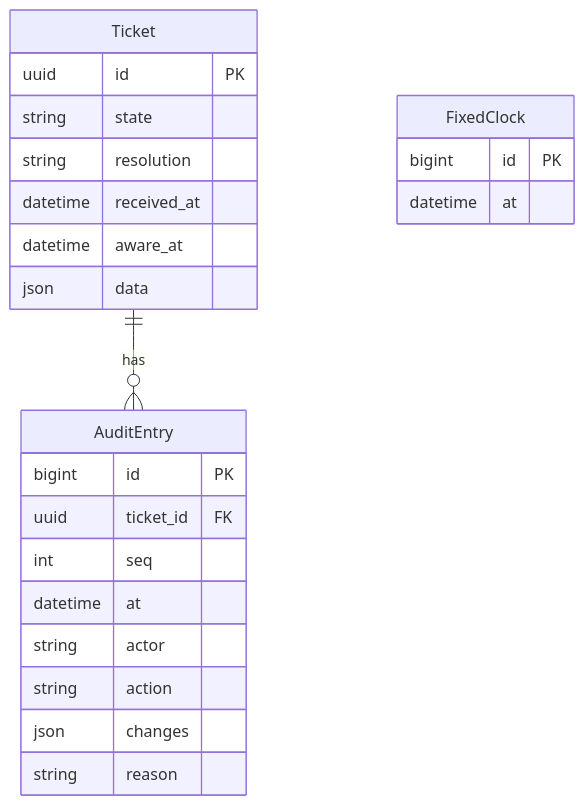
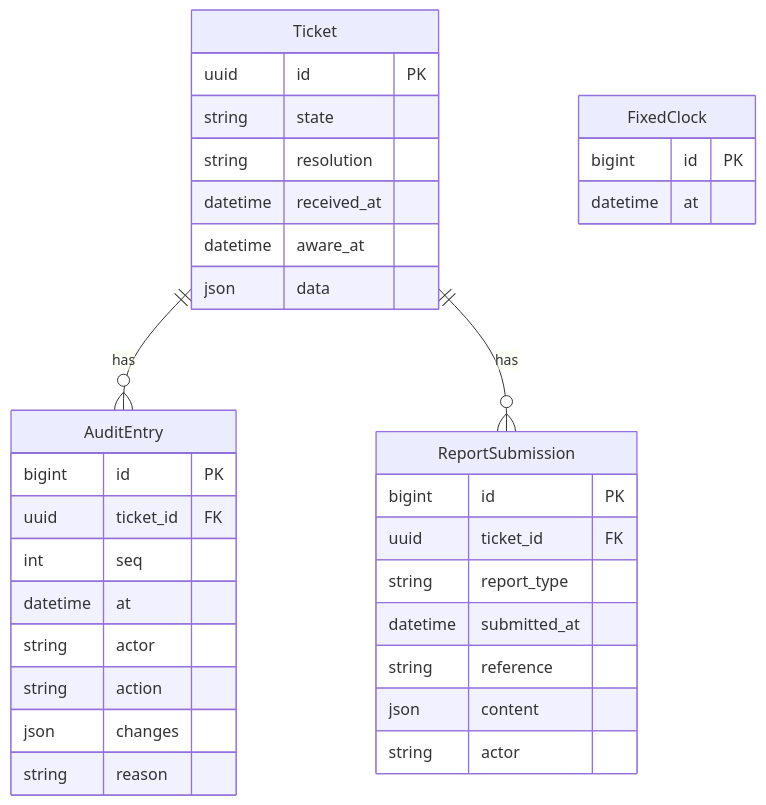
The diagram in team17/SYSTEM.md (team17-ece30861/pod-k-shared), drawn with Mermaid before and after one commit. The commit also changed other lines of this file, not shown here.

````diff
--- a/team17/SYSTEM.md
+++ b/team17/SYSTEM.md
@@ -72,26 +163,36 @@
 ```mermaid
 erDiagram
     Ticket ||--o{ AuditEntry : has
+    Ticket ||--o{ ReportSubmission : has
     Ticket {
         uuid id PK
         string state
         string resolution
         datetime received_at
         datetime aware_at
         json data
     }
     AuditEntry {
         bigint id PK
         uuid ticket_id FK
         int seq
         datetime at
         string actor
         string action
         json changes
         string reason
     }
+    ReportSubmission {
+        bigint id PK
+        uuid ticket_id FK
+        string report_type
+        datetime submitted_at
+        string reference
+        json content
+        string actor
+    }
     FixedClock {
         bigint id PK
         datetime at
     }
 ```
````
